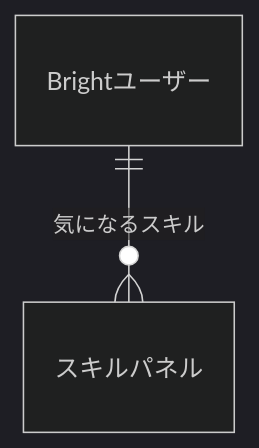
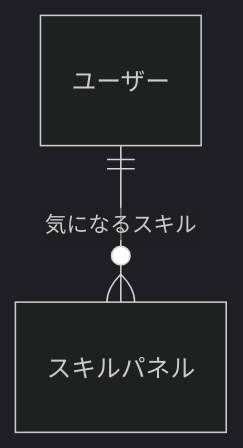
The fourth of 11 diagrams in docs/conceptual_schemas/users.md (bright-org/bright), drawn with Mermaid (dark theme) before and after one commit. The commit also changed other lines of this file, not shown here.

````diff
--- a/docs/conceptual_schemas/users.md
+++ b/docs/conceptual_schemas/users.md
@@ -65,4 +61,4 @@
 ```mermaid
 erDiagram
-  "Brightユーザー"||--o{"スキルパネル" : "気になるスキル"
+  "ユーザー"||--o{"スキルパネル" : "気になるスキル"
 ```
````
